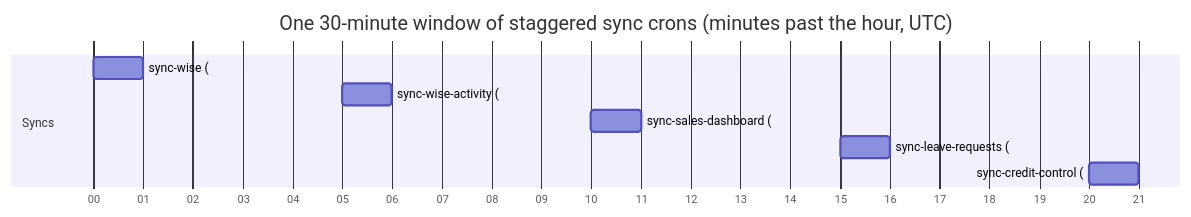
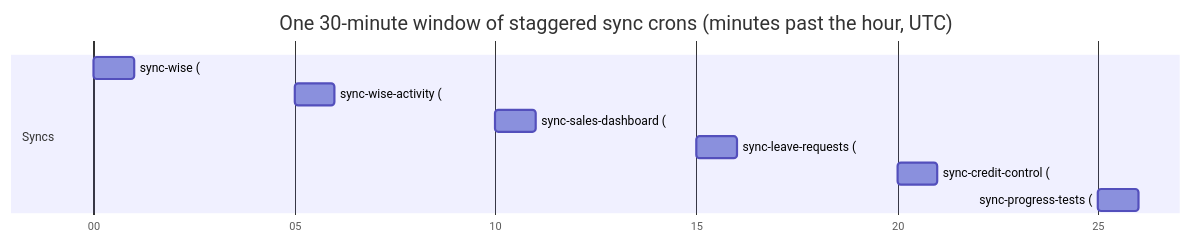
One commit to kasheesh711/bgscheduler changed the diagram in docs/reference/crons.md. Above: the diagram before and after it, drawn with Mermaid. The commit also changed other lines of this file and 6 other files, not shown here.

````diff
--- a/docs/reference/crons.md
+++ b/docs/reference/crons.md
@@ -28,12 +32,13 @@
 ```mermaid
 gantt
     title One 30-minute window of staggered sync crons (minutes past the hour, UTC)
     dateFormat m
     axisFormat %M
     section Syncs
     sync-wise (:00)            :a1, 0, 1m
     sync-wise-activity (:05)   :a2, 5, 1m
     sync-sales-dashboard (:10) :a3, 10, 1m
     sync-leave-requests (:15)  :a4, 15, 1m
     sync-credit-control (:20)  :a5, 20, 1m
+    sync-progress-tests (:25)  :a6, 25, 1m
 ```
````
